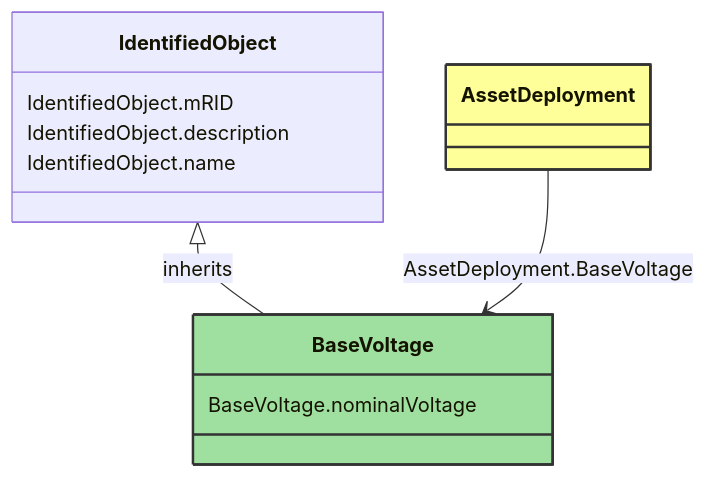
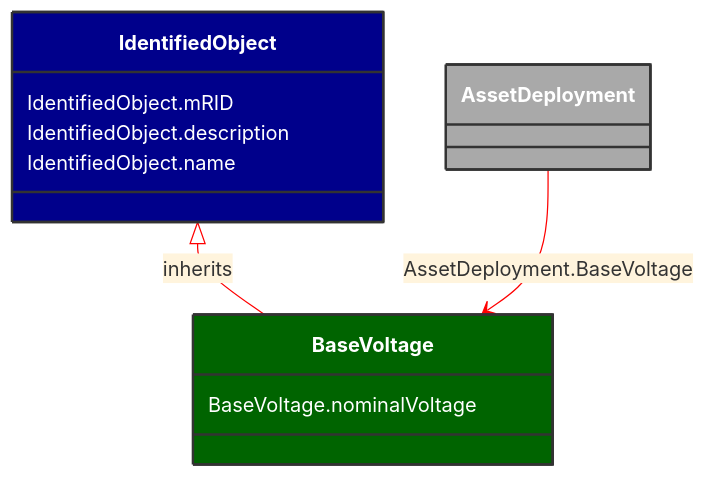
The diagram in docs/Models/Profiles/AviationObstacle/ConcreteClasses/BaseVoltage.md (3lbits/NoCIMExtensions), drawn with Mermaid before and after one commit. The commit also changed 58 other files, not shown here.

````diff
--- a/docs/Models/Profiles/AviationObstacle/ConcreteClasses/BaseVoltage.md
+++ b/docs/Models/Profiles/AviationObstacle/ConcreteClasses/BaseVoltage.md
@@ -8,27 +8,28 @@
 ```mermaid
+%%{init: {'theme':'base','themeVariables': {'lineColor': '#FF0000'}}}%%
 classDiagram
     class BaseVoltage
     click BaseVoltage href "/Models/Profiles/AviationObstacle/ConcreteClasses/BaseVoltage/"
-    style BaseVoltage fill:#9fdf9f,stroke:#333,stroke-width:2px,rx:10,ry:10
+    style BaseVoltage fill:#006400,stroke:#333,stroke-width:2px,rx:10,ry:10,color:white
 
         IdentifiedObject <|-- BaseVoltage : inherits
             click IdentifiedObject href "/Models/Profiles/AviationObstacle/AbstractClasses/IdentifiedObject/"
-            style IdentifiedObject rx:10,ry:10
+            style IdentifiedObject fill:#00008B,stroke:#333,stroke-width:2px,rx:10,ry:10,color:white
 
         BaseVoltage
             click BaseVoltage href "/Models/Profiles/AviationObstacle/ConcreteClasses/BaseVoltage/"
-            style BaseVoltage rx:10,ry:10
+            style IdentifiedObject fill:#00008B,stroke:#333,stroke-width:2px,rx:10,ry:10,color:white
 
 
         AssetDeployment --> BaseVoltage : AssetDeployment.BaseVoltage
 
         AssetDeployment
             click AssetDeployment href "/Models/Profiles/AviationObstacle/ConcreteClasses/AssetDeployment/"
-            style AssetDeployment fill:#ffff99,stroke:#333,stroke-width:2px,rx:10,ry:10
+            style AssetDeployment fill:#A9A9A9,stroke:#333,stroke-width:2px,rx:10,ry:10,color:white
 
 
         BaseVoltage : BaseVoltage.nominalVoltage
         IdentifiedObject : IdentifiedObject.mRID
         IdentifiedObject : IdentifiedObject.description
         IdentifiedObject : IdentifiedObject.name
 ```
````
